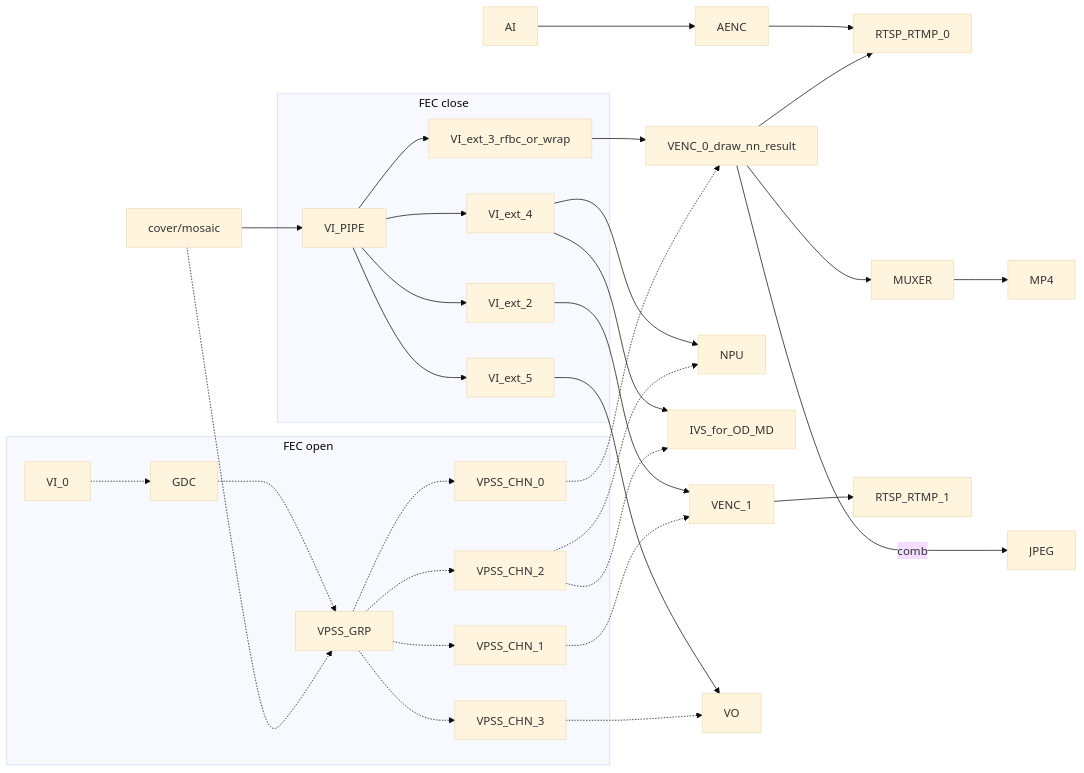
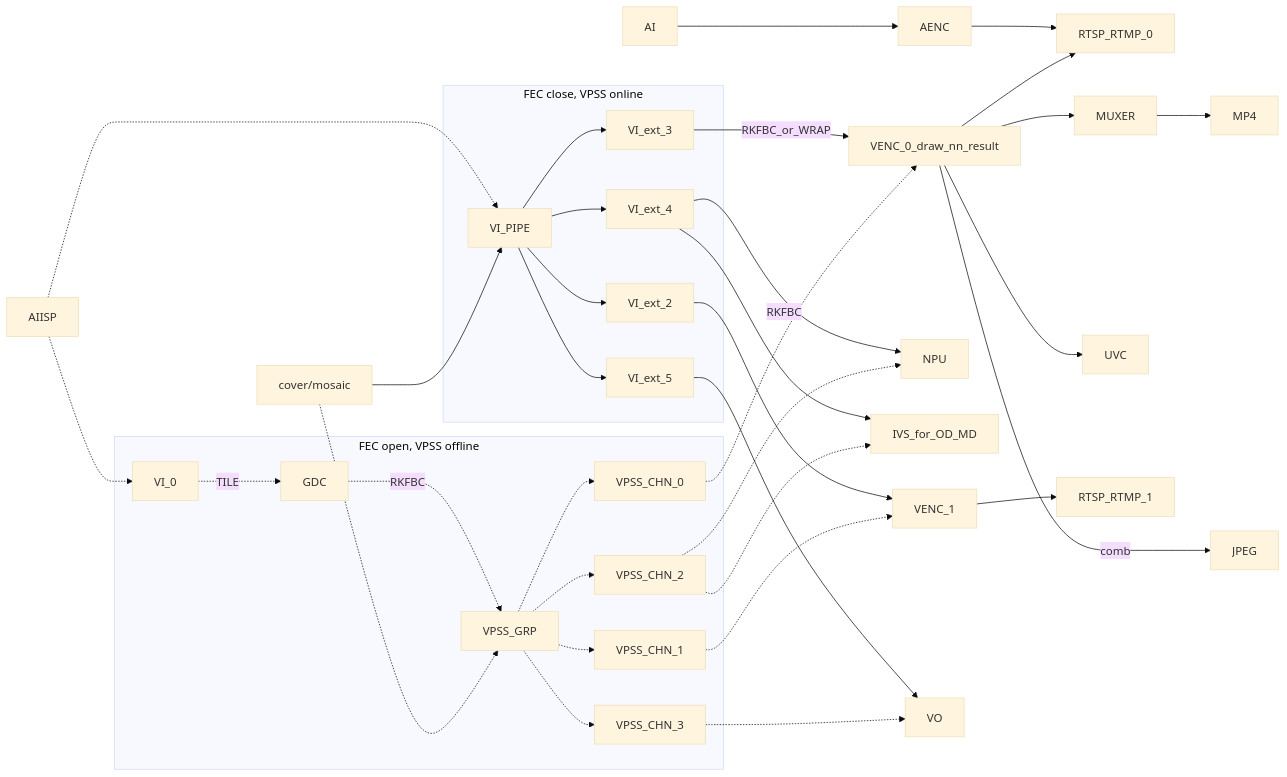
Diagram 18 of 20 in docs/Rockchip_Developer_Guide_Linux_RKIPC_CN.md (mixtile-rockchip/mixtile-sdk-linux-app-rkipc), drawn with Mermaid (base theme) before and after one commit. The commit also changed 5 other files, not shown here.

Commit message:
rv1126b_ipc: vi/gdc/vpss support tile and rfbc

````diff
--- a/docs/Rockchip_Developer_Guide_Linux_RKIPC_CN.md
+++ b/docs/Rockchip_Developer_Guide_Linux_RKIPC_CN.md
@@ -391,35 +391,37 @@
 ```mermaid
 graph LR
 AI-->AENC-->RTSP_RTMP_0
 
-subgraph "FEC close"
-    VI_PIPE-->VI_ext_3_rfbc_or_wrap
+subgraph "FEC close, VPSS online"
+    VI_PIPE-->VI_ext_3
     VI_PIPE-->VI_ext_4
     VI_PIPE-->VI_ext_2
     VI_PIPE-->VI_ext_5
 end
-VI_ext_3_rfbc_or_wrap-->VENC_0_draw_nn_result-->MUXER-->MP4
+VI_ext_3--RKFBC_or_WRAP-->VENC_0_draw_nn_result-->MUXER-->MP4
+VENC_0_draw_nn_result-->UVC
 VENC_0_draw_nn_result--combo-->JPEG
 VI_ext_4-->NPU
 VI_ext_4-->IVS_for_OD_MD
 VENC_0_draw_nn_result-->RTSP_RTMP_0
 VI_ext_2-->VENC_1-->RTSP_RTMP_1
 VI_ext_5-->VO
 
-subgraph "FEC open"
-	VI_0-.->GDC-.->VPSS_GRP
+subgraph "FEC open, VPSS offline"
+	VI_0-.TILE.->GDC-.RKFBC.->VPSS_GRP
 	VPSS_GRP-.->VPSS_CHN_0
 	VPSS_GRP-.->VPSS_CHN_1
 	VPSS_GRP-.->VPSS_CHN_2
 	VPSS_GRP-.->VPSS_CHN_3
 end
-VPSS_CHN_0-.->VENC_0_draw_nn_result
+VPSS_CHN_0-.RKFBC.->VENC_0_draw_nn_result
 VPSS_CHN_2-.->NPU
 VPSS_CHN_2-.->IVS_for_OD_MD
 VPSS_CHN_1-.->VENC_1
 VPSS_CHN_3-.->VO
 
- cover/mosaic-->VI_PIPE
- cover/mosaic-.->VPSS_GRP
-
+AIISP-.->VI_PIPE
+AIISP-.->VI_0
+cover/mosaic-->VI_PIPE
+cover/mosaic-.->VPSS_GRP
 ```
````
